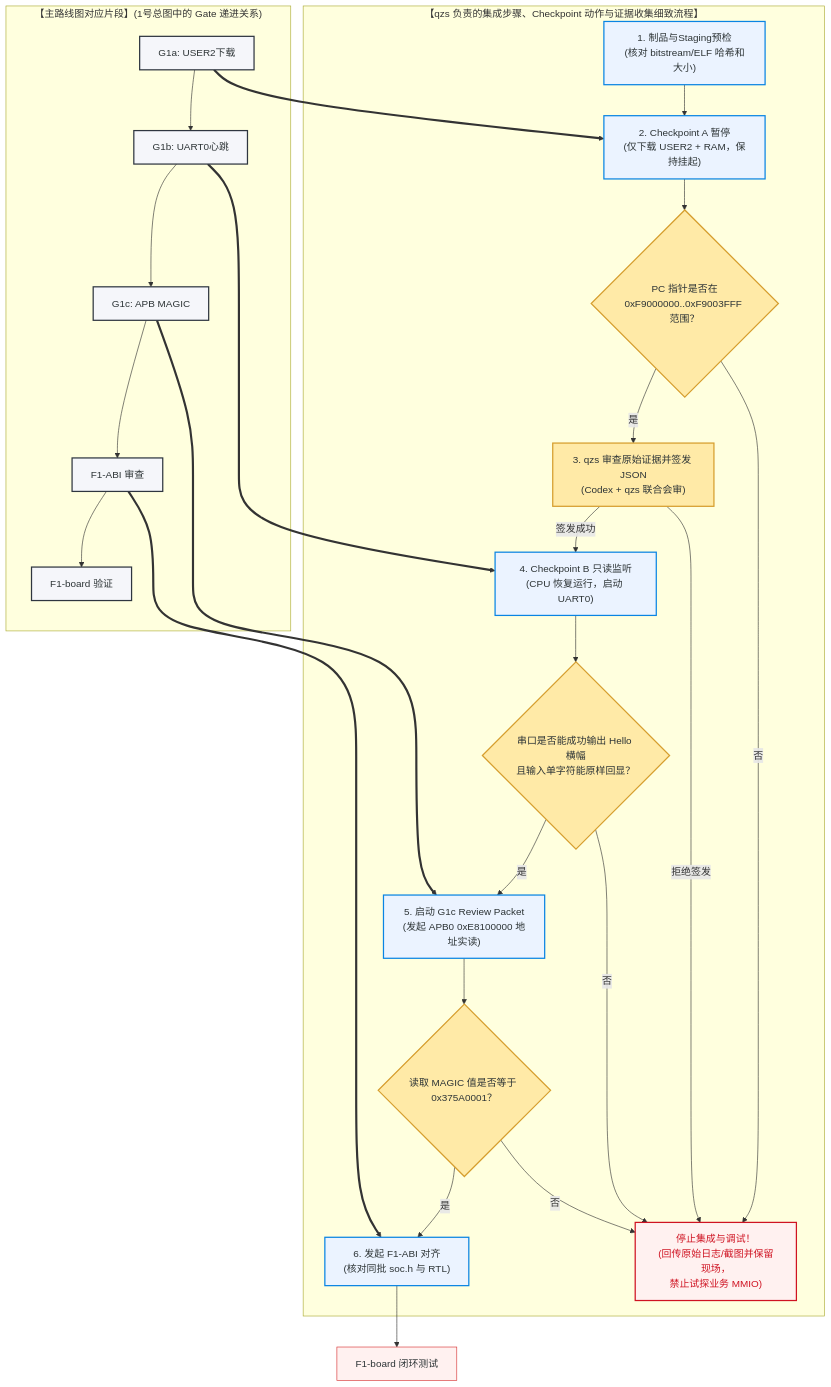
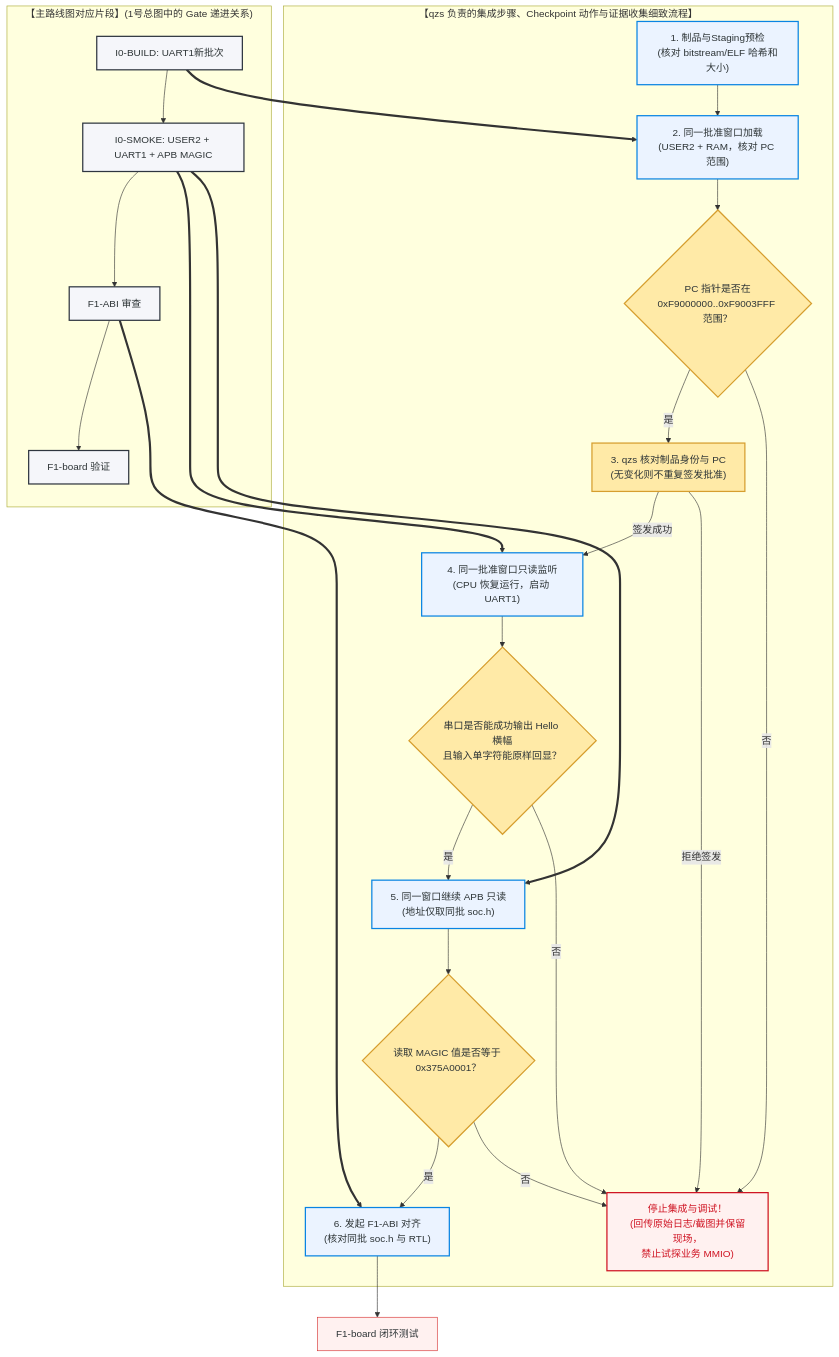
One commit to qzs610038-star/CICC changed the third of 3 diagrams in learning_guides/接口对齐与数据链路学习/2_qzs_role_data_link_and_control_logic.md. Above: the diagram before and after it, drawn with Mermaid. The commit also changed other lines of this file and 29 other files, not shown here.

````diff
--- a/learning_guides/接口对齐与数据链路学习/2_qzs_role_data_link_and_control_logic.md
+++ b/learning_guides/接口对齐与数据链路学习/2_qzs_role_data_link_and_control_logic.md
@@ -222,61 +222,61 @@
 ```mermaid
 flowchart TD
     classDef mainTrack fill:#f5f6fa,stroke:#2f3640,stroke-width:2px,color:#2d3436;
     classDef gate fill:#ffeaa7,stroke:#d69e2e,stroke-width:2px,color:#2d3436;
     classDef evidence fill:#ebf3ff,stroke:#0984e3,stroke-width:2px,color:#2d3436;
     classDef stop fill:#fff1f0,stroke:#cf1322,stroke-width:2px,color:#cf1322;
     classDef action fill:#fff1f0,stroke:#d63031,stroke-width:1px,color:#2d3436;
 
     %% 上半部分：从1中主路线图截出来的对应片段
     subgraph MAIN_PIECE["【主路线图对应片段】(1号总图中的 Gate 递进关系)"]
-        M_G1A["G1a: USER2下载"] --> M_G1B["G1b: UART0心跳"] --> M_G1C["G1c: APB MAGIC"] --> M_ABI["F1-ABI 审查"] --> M_BOARD["F1-board 验证"]
+        M_BUILD["I0-BUILD: UART1新批次"] --> M_SMOKE["I0-SMOKE: USER2 + UART1 + APB MAGIC"] --> M_ABI["F1-ABI 审查"] --> M_BOARD["F1-board 验证"]
     end
 
     %% 下半部分：在此基础上拓展画出的细致逻辑图与 qzs 的具体行动指南
     subgraph DETAIL_LOGIC["【qzs 负责的集成步骤、Checkpoint 动作与证据收集细致流程】"]
         PRE["1. 制品与Staging预检<br/>(核对 bitstream/ELF 哈希和大小)"]
 
-        A["2. Checkpoint A 暂停<br/>(仅下载 USER2 + RAM，保持挂起)"]
+        A["2. 同一批准窗口加载<br/>(USER2 + RAM，核对 PC 范围)"]
         A_CH{"PC 指针是否在<br/>0xF9000000..0xF9003FFF 范围？"}
 
-        REVIEW["3. qzs 审查原始证据并签发 JSON<br/>(Codex + qzs 联合会审)"]
+        REVIEW["3. qzs 核对制品身份与 PC<br/>(无变化则不重复签发批准)"]
 
-        B["4. Checkpoint B 只读监听<br/>(CPU 恢复运行，启动 UART0)"]
+        B["4. 同一批准窗口只读监听<br/>(CPU 恢复运行，启动 UART1)"]
         HELLO{"串口是否能成功输出 Hello 横幅<br/>且输入单字符能原样回显？"}
 
-        G1C["5. 启动 G1c Review Packet<br/>(发起 APB0 0xE8100000 地址实读)"]
+        APB["5. 同一窗口继续 APB 只读<br/>(地址仅取同批 soc.h)"]
         MAGIC{"读取 MAGIC 值是否等于 0x375A0001？"}
 
         ABI_APPLY["6. 发起 F1-ABI 对齐<br/>(核对同批 soc.h 与 RTL)"]
 
         STOP["停止集成与调试！<br/>(回传原始日志/截图并保留现场，<br/>禁止试探业务 MMIO)"]
     end
 
     %% 主图与分图拓展关联
-    M_G1A ==> A
-    M_G1B ===> B
-    M_G1C ===> G1C
+    M_BUILD ==> A
+    M_SMOKE ===> B
+    M_SMOKE ===> APB
     M_ABI ===> ABI_APPLY
 
     %% 细节流向
     PRE --> A --> A_CH
     A_CH -- 是 --> REVIEW
     A_CH -- 否 --> STOP
 
     REVIEW -- 签发成功 --> B --> HELLO
     REVIEW -- 拒绝签发 --> STOP
 
-    HELLO -- 是 --> G1C --> MAGIC
+    HELLO -- 是 --> APB --> MAGIC
     HELLO -- 否 --> STOP
 
     MAGIC -- 是 --> ABI_APPLY
     MAGIC -- 否 --> STOP
 
     ABI_APPLY --> BOARD_GO["F1-board 闭环测试"]
 
-    class M_G1A,M_G1B,M_G1C,M_ABI,M_BOARD mainTrack;
-    class PRE,A,B,G1C,ABI_APPLY evidence;
+    class M_BUILD,M_SMOKE,M_ABI,M_BOARD mainTrack;
+    class PRE,A,B,APB,ABI_APPLY evidence;
     class REVIEW,HELLO,MAGIC,A_CH gate;
     class STOP stop;
     class BOARD_GO action;
 ```
````
